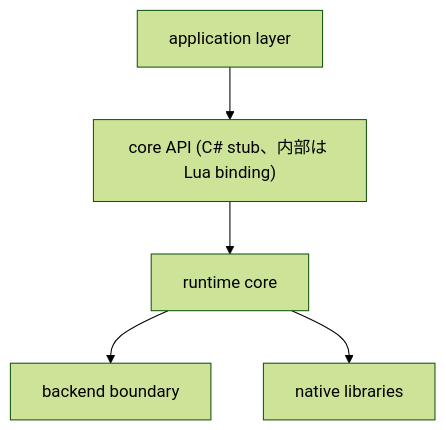
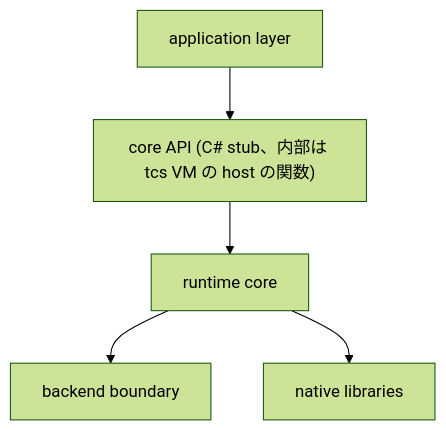
One commit to neguse/lub changed the diagram in docs/design.md. Above: the diagram before and after it, drawn with Mermaid (forest theme). The commit also changed other lines of this file and 146 other files, not shown here.

````diff
--- a/docs/design.md
+++ b/docs/design.md
@@ -98,13 +89,13 @@
 ```mermaid
 flowchart TB
     app["application layer"]
-    lua["core API (C# stub、内部は Lua binding)"]
+    api["core API (C# stub、内部は tcs VM の host の関数)"]
     runtime["runtime core"]
     backend["backend boundary"]
     libs["native libraries"]
 
-    app --> lua
-    lua --> runtime
+    app --> api
+    api --> runtime
     runtime --> backend
     runtime --> libs
 ```
````
